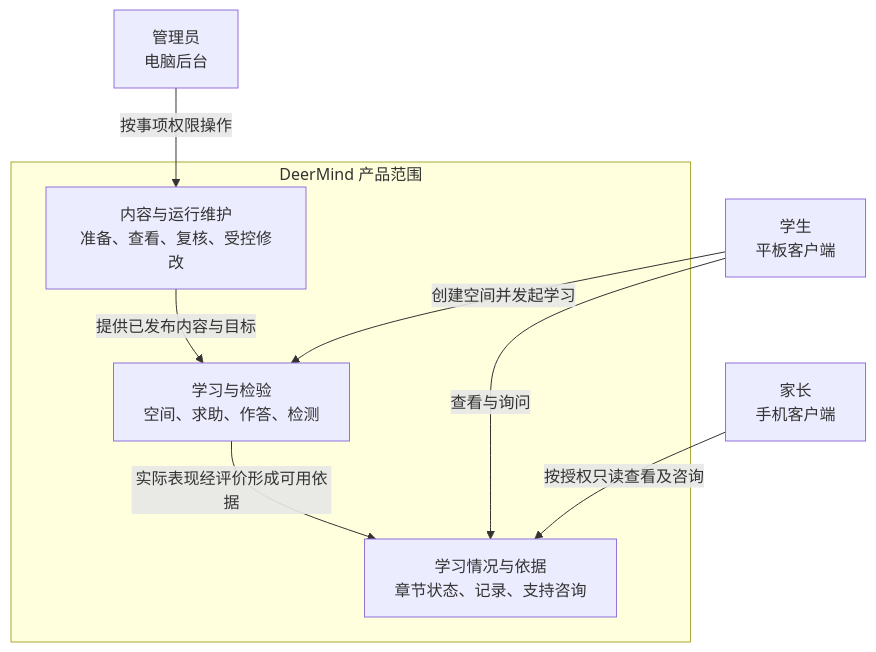
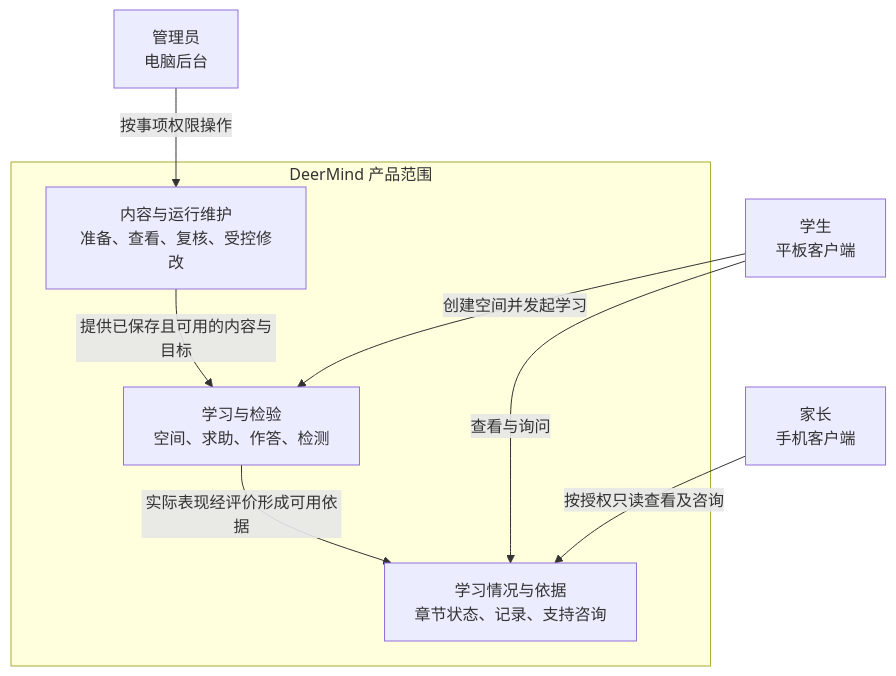
Before and after one commit to ivgotcrazy/deermind: the first of 2 diagrams in doc/mvp/phase-3-definition/MVP_Definition.md, drawn with Mermaid. The commit also changed other lines of this file and 189 other files, not shown here.

````diff
--- a/doc/mvp/phase-3-definition/MVP_Definition.md
+++ b/doc/mvp/phase-3-definition/MVP_Definition.md
@@ -68,17 +69,17 @@
 ```mermaid
 flowchart TB
     S["学生<br/>平板客户端"]
     P["家长<br/>手机客户端"]
     A["管理员<br/>电脑后台"]
     subgraph DM["DeerMind 产品范围"]
         L["学习与检验<br/>空间、求助、作答、检测"]
         V["学习情况与依据<br/>章节状态、记录、支持咨询"]
         M["内容与运行维护<br/>准备、查看、复核、受控修改"]
     end
     S -->|"创建空间并发起学习"| L
     S -->|"查看与询问"| V
     P -->|"按授权只读查看及咨询"| V
     A -->|"按事项权限操作"| M
-    M -->|"提供已发布内容与目标"| L
+    M -->|"提供已保存且可用的内容与目标"| L
     L -->|"实际表现经评价形成可用依据"| V
 ```
````
